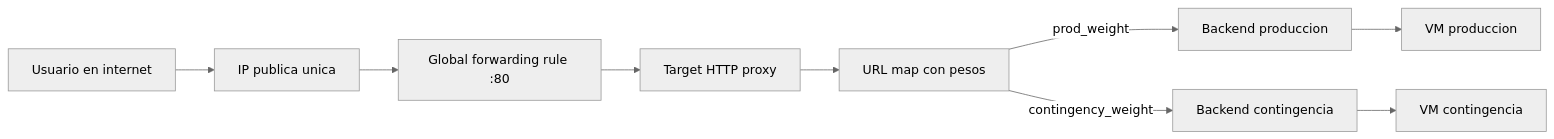
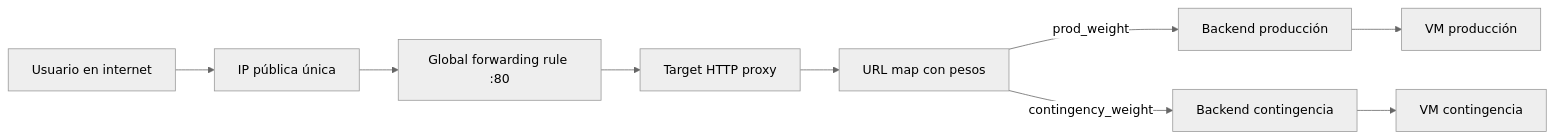
One commit to charls767/proyecto-terraform-gcp changed the diagram in README.md. Above: the diagram before and after it, drawn with Mermaid (neutral theme). The commit also changed other lines of this file, not shown here.

````diff
--- a/README.md
+++ b/README.md
@@ -7,11 +7,11 @@
 ```mermaid
 flowchart LR
-    U["Usuario en internet"] --> IP["IP publica unica"]
+    U["Usuario en internet"] --> IP["IP pública única"]
     IP --> FR["Global forwarding rule :80"]
     FR --> PROXY["Target HTTP proxy"]
     PROXY --> URLMAP["URL map con pesos"]
-    URLMAP -->|"prod_weight"| BP["Backend produccion"]
+    URLMAP -->|"prod_weight"| BP["Backend producción"]
     URLMAP -->|"contingency_weight"| BC["Backend contingencia"]
-    BP --> VMP["VM produccion"]
+    BP --> VMP["VM producción"]
     BC --> VMC["VM contingencia"]
 ```
````
